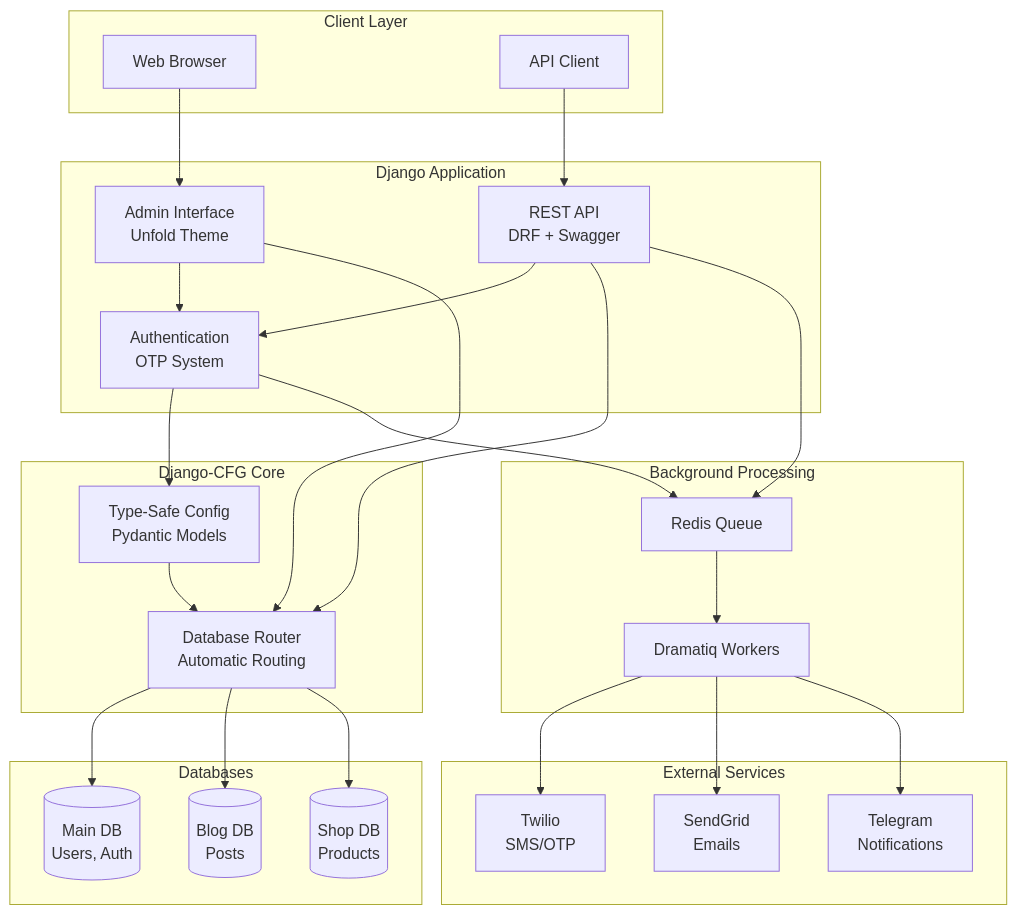
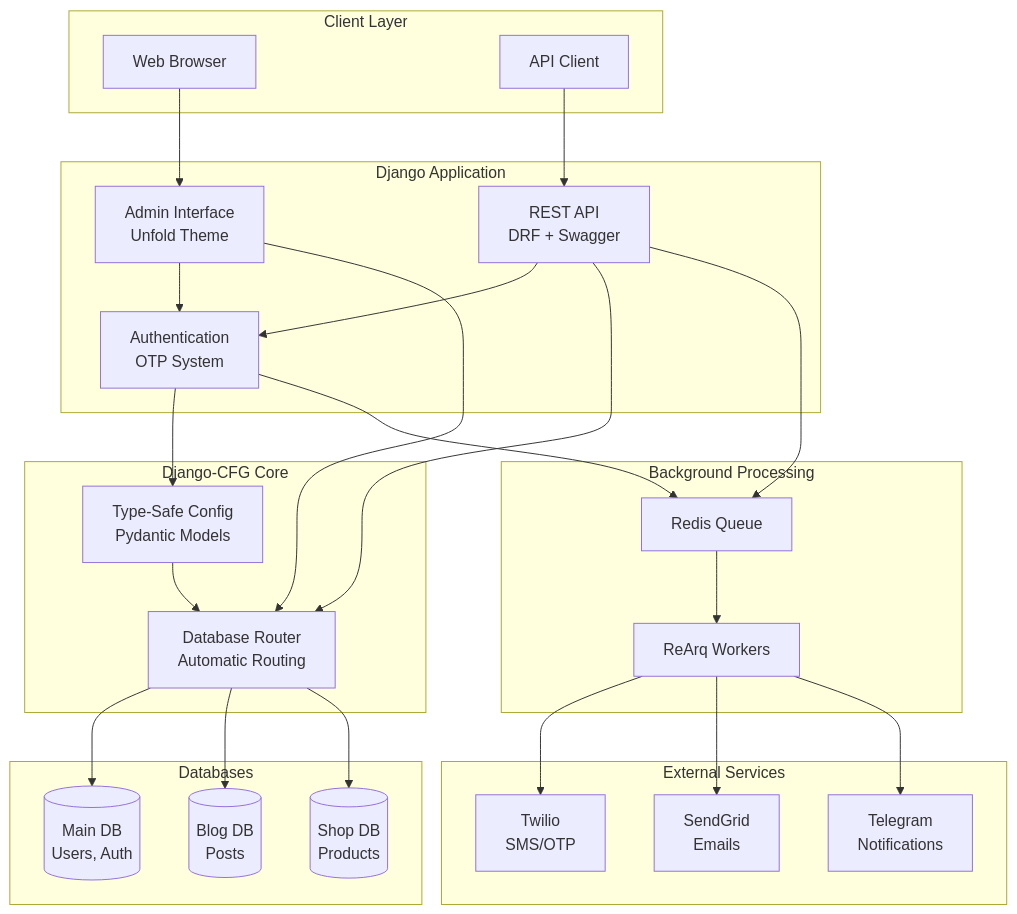
One commit to markolofsen/django-cfg changed the first of 2 diagrams in docs/guides/sample-project/overview.md. Above: the diagram before and after it, drawn with Mermaid. The commit also changed other lines of this file and 528 other files, not shown here.

First line of the commit message:
feat(tasks): Migrate from Dramatiq to ReArq

````diff
--- a/docs/guides/sample-project/overview.md
+++ b/docs/guides/sample-project/overview.md
@@ -14,57 +14,57 @@
 ```mermaid
 graph TB
     subgraph "Client Layer"
         WEB[Web Browser]
         API_CLIENT[API Client]
     end
 
     subgraph "Django Application"
         ADMIN[Admin Interface<br/>Unfold Theme]
         REST[REST API<br/>DRF + Swagger]
         AUTH[Authentication<br/>OTP System]
     end
 
     subgraph "Django-CFG Core"
         CONFIG[Type-Safe Config<br/>Pydantic Models]
         ROUTER[Database Router<br/>Automatic Routing]
     end
 
     subgraph "Databases"
         DB_MAIN[(Main DB<br/>Users, Auth)]
         DB_BLOG[(Blog DB<br/>Posts)]
         DB_SHOP[(Shop DB<br/>Products)]
     end
 
     subgraph "Background Processing"
         QUEUE[Redis Queue]
-        WORKER[Dramatiq Workers]
+        WORKER[ReArq Workers]
     end
 
     subgraph "External Services"
         TWILIO[Twilio<br/>SMS/OTP]
         SENDGRID[SendGrid<br/>Emails]
         TELEGRAM[Telegram<br/>Notifications]
     end
 
     WEB --> ADMIN
     API_CLIENT --> REST
     ADMIN --> AUTH
     REST --> AUTH
 
     AUTH --> CONFIG
     ADMIN --> ROUTER
     REST --> ROUTER
 
     CONFIG --> ROUTER
     ROUTER --> DB_MAIN
     ROUTER --> DB_BLOG
     ROUTER --> DB_SHOP
 
     AUTH --> QUEUE
     REST --> QUEUE
     QUEUE --> WORKER
 
     WORKER --> TWILIO
     WORKER --> SENDGRID
     WORKER --> TELEGRAM
 ```
````
